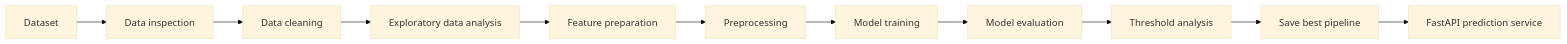
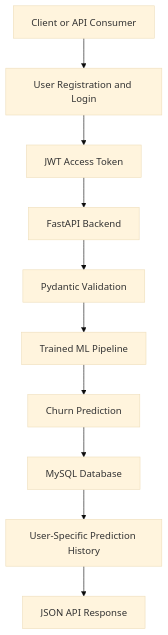
One commit to MONIKA0711-gh/customer-churn-api changed the diagram in README.md. Above: the diagram before and after it, drawn with Mermaid (base theme). The commit also changed other lines of this file, not shown here.

````diff
--- a/README.md
+++ b/README.md
@@ -74,13 +85,12 @@
 ```mermaid
-flowchart LR
-    A[Dataset] --> B[Data inspection]
-    B --> C[Data cleaning]
-    C --> D[Exploratory data analysis]
-    D --> E[Feature preparation]
-    E --> F[Preprocessing]
-    F --> G[Model training]
-    G --> H[Model evaluation]
-    H --> I[Threshold analysis]
-    I --> J[Save best pipeline]
-    J --> K[FastAPI prediction service]
+flowchart TD
+    A[Client or API Consumer] --> B[User Registration and Login]
+    B --> C[JWT Access Token]
+    C --> D[FastAPI Backend]
+    D --> E[Pydantic Validation]
+    E --> F[Trained ML Pipeline]
+    F --> G[Churn Prediction]
+    G --> H[MySQL Database]
+    H --> I[User-Specific Prediction History]
+    I --> J[JSON API Response]
 ```
````
